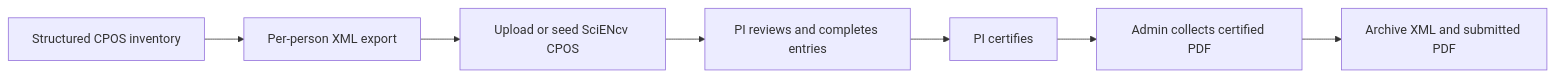
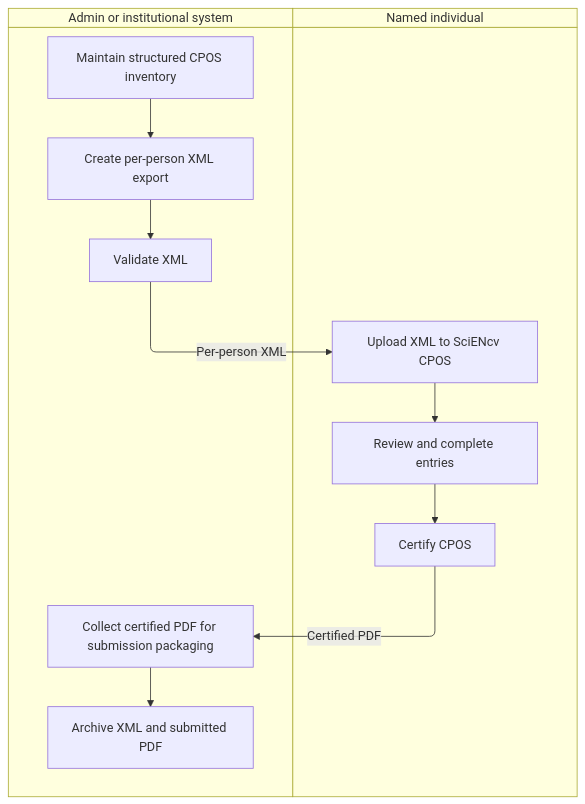
The diagram in docs/other-support/xml-upload/institutional-workflows.md (FritscheLab/nih-sciencv-playbook), drawn with Mermaid before and after one commit. The commit also changed other lines of this file and 60 other files, not shown here.

Commit message:
feat: refresh NIH guidance and harden CPOS XML validation

````diff
--- a/docs/other-support/xml-upload/institutional-workflows.md
+++ b/docs/other-support/xml-upload/institutional-workflows.md
@@ -38,11 +38,24 @@
 ```mermaid
-flowchart LR
+swimlane-beta TB
     accTitle: Admin-owned data and PI-owned certification
-    accDescr: Institutional XML workflows can centralize data preparation while keeping review and certification with the PI or named individual.
-    A["Structured CPOS inventory"] --> B["Per-person XML export"]
-    B --> C["Upload or seed SciENcv CPOS"]
-    C --> D["PI reviews and completes entries"]
-    D --> E["PI certifies"]
-    E --> F["Admin collects certified PDF"]
-    F --> G["Archive XML and submitted PDF"]
+    accDescr: The admin or institutional system prepares and validates a per-person XML file, the named individual uploads and reviews it in SciENcv and certifies the CPOS, and the admin collects and archives the final materials.
+
+    subgraph admin [Admin or institutional system]
+        inventory["Maintain structured CPOS inventory"]
+        export["Create per-person XML export"]
+        validate["Validate XML"]
+        collect["Collect certified PDF for submission packaging"]
+        archive["Archive XML and submitted PDF"]
+    end
+
+    subgraph person [Named individual]
+        upload["Upload XML to SciENcv CPOS"]
+        review["Review and complete entries"]
+        certify["Certify CPOS"]
+    end
+
+    inventory --> export --> validate
+    validate -->|Per-person XML| upload
+    upload --> review --> certify
+    certify -->|Certified PDF| collect --> archive
 ```
````
